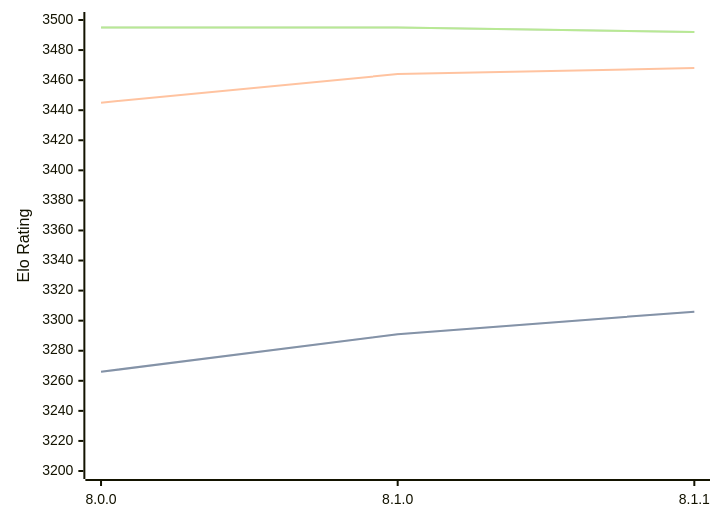
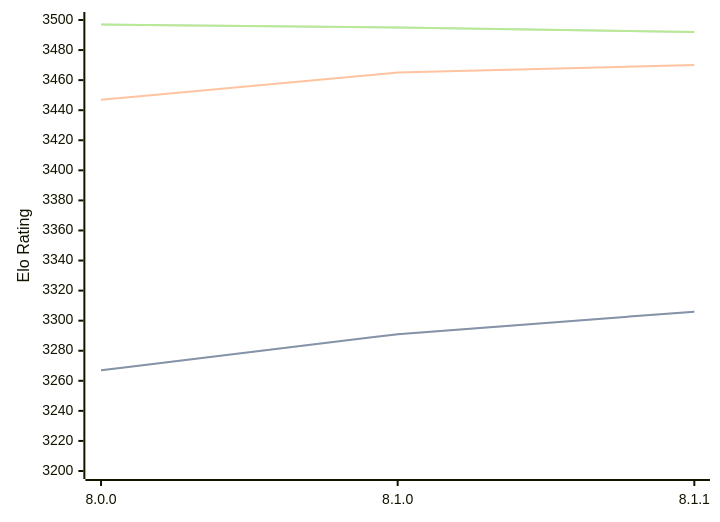
The diagram in engines/Velvet.md (computer-chess-index/cci), drawn with Mermaid before and after one commit. The commit also changed other lines of this file, not shown here.

Commit message:
Update CCI Ratings (ELO VLTC) - 2026-04-05

````diff
--- a/engines/Velvet.md
+++ b/engines/Velvet.md
@@ -57,11 +57,11 @@
 ```mermaid
 %%{init: {"theme":"base","themeVariables":{"seriesColors:['#a3a3a3','#222221','#faa371']}}}%%
 xychart-beta
   x-axis ["8.0.0", "8.1.0", "8.1.1"]
   y-axis "Elo Rating" 3200 --> 3500
-  line "STC (8.0+0.08s)" [3266, 3291, 3306]
-  line "STC (8.0+0.08s)" [3266, 3291, 3306]
-  line "LTC (60.0+0.60s)" [3445, 3464, 3468]
-  line "VLTC (2m24s+1.12s)" [3495, 3495, 3492]
-  line "VLTC (2m24s+1.12s)" [3495, 3495, 3492]
+  line "STC (8.0+0.08s)" [3267, 3291, 3306]
+  line "STC (8.0+0.08s)" [3267, 3291, 3306]
+  line "LTC (60.0+0.60s)" [3447, 3465, 3470]
+  line "VLTC (2m24s+1.12s)" [3497, 3495, 3492]
+  line "VLTC (2m24s+1.12s)" [3497, 3495, 3492]
 ```
````
